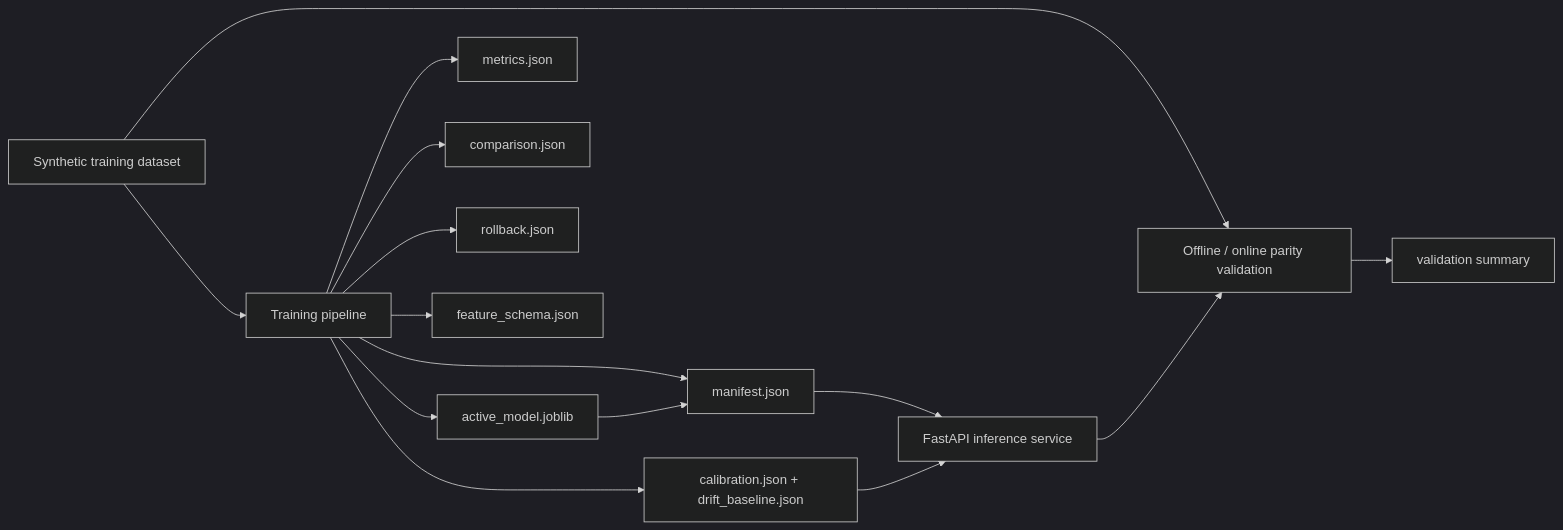
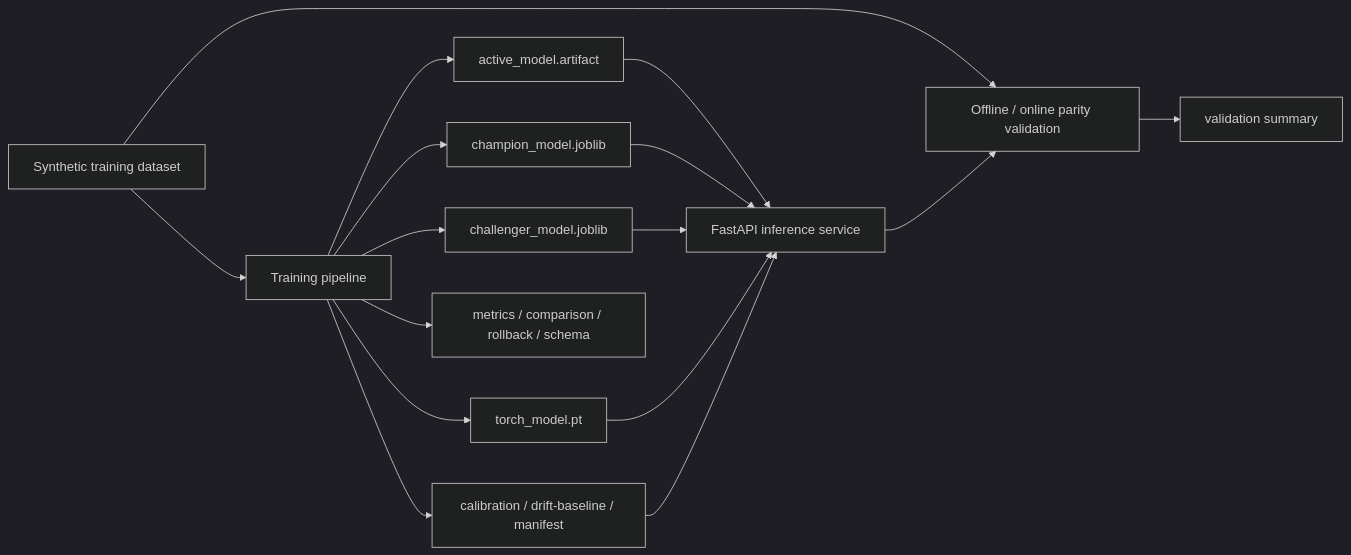
The diagram in README.md (srn91/ml-training-serving-platform), drawn with Mermaid (dark theme) before and after one commit. The commit also changed other lines of this file and 10 other files, not shown here.

Commit message:
Add PyTorch model serving path

````diff
--- a/README.md
+++ b/README.md
@@ -36,17 +36,18 @@
 ```mermaid
 flowchart LR
     A["Synthetic training dataset"] --> B["Training pipeline"]
-    B --> C["active_model.joblib"]
-    B --> D["metrics.json"]
-    B --> E["comparison.json"]
-    B --> F["rollback.json"]
-    B --> G["feature_schema.json"]
-    B --> H["calibration.json + drift_baseline.json"]
-    B --> I["manifest.json"]
-    I --> J["FastAPI inference service"]
-    C --> I
-    H --> J
-    A --> K["Offline / online parity validation"]
-    J --> K
-    K --> L["validation summary"]
+    B --> C["active_model.artifact"]
+    B --> D["champion_model.joblib"]
+    B --> E["challenger_model.joblib"]
+    B --> F["torch_model.pt"]
+    B --> G["metrics / comparison / rollback / schema"]
+    B --> H["calibration / drift-baseline / manifest"]
+    C --> I["FastAPI inference service"]
+    D --> I
+    E --> I
+    F --> I
+    H --> I
+    A --> J["Offline / online parity validation"]
+    I --> J
+    J --> K["validation summary"]
 ```
````
